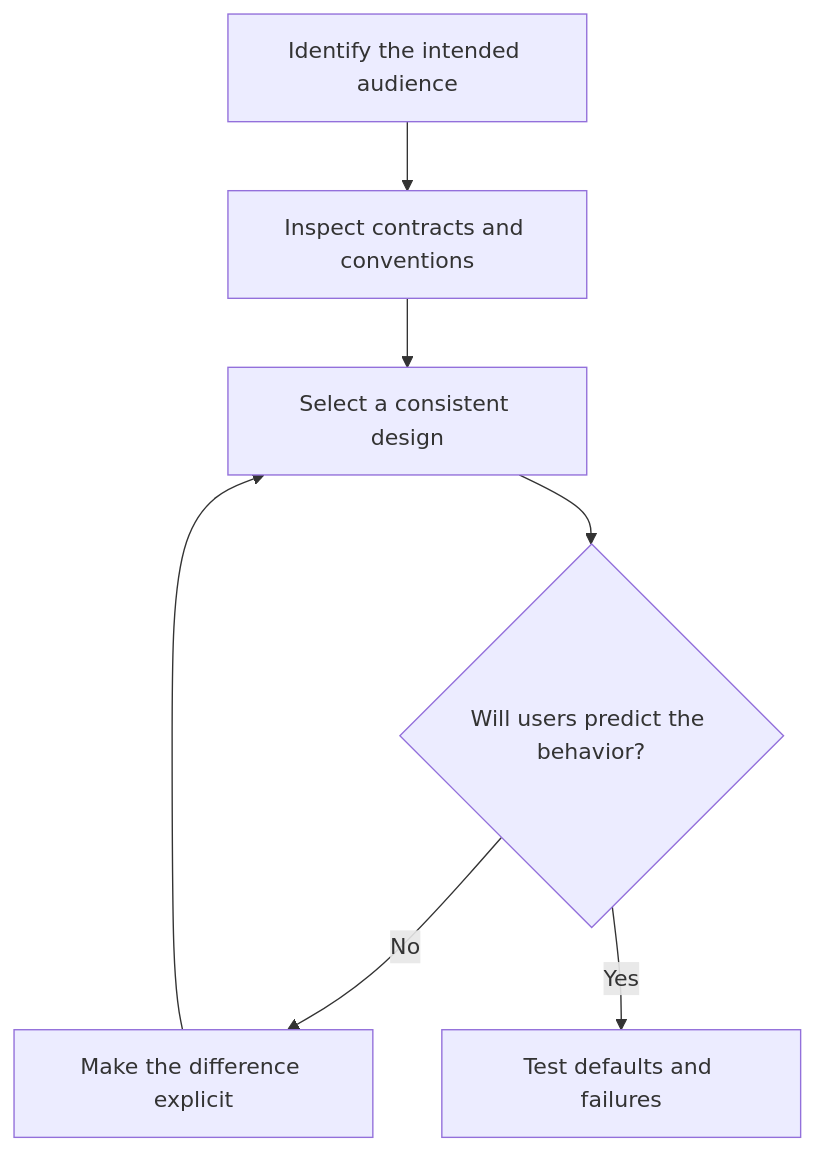
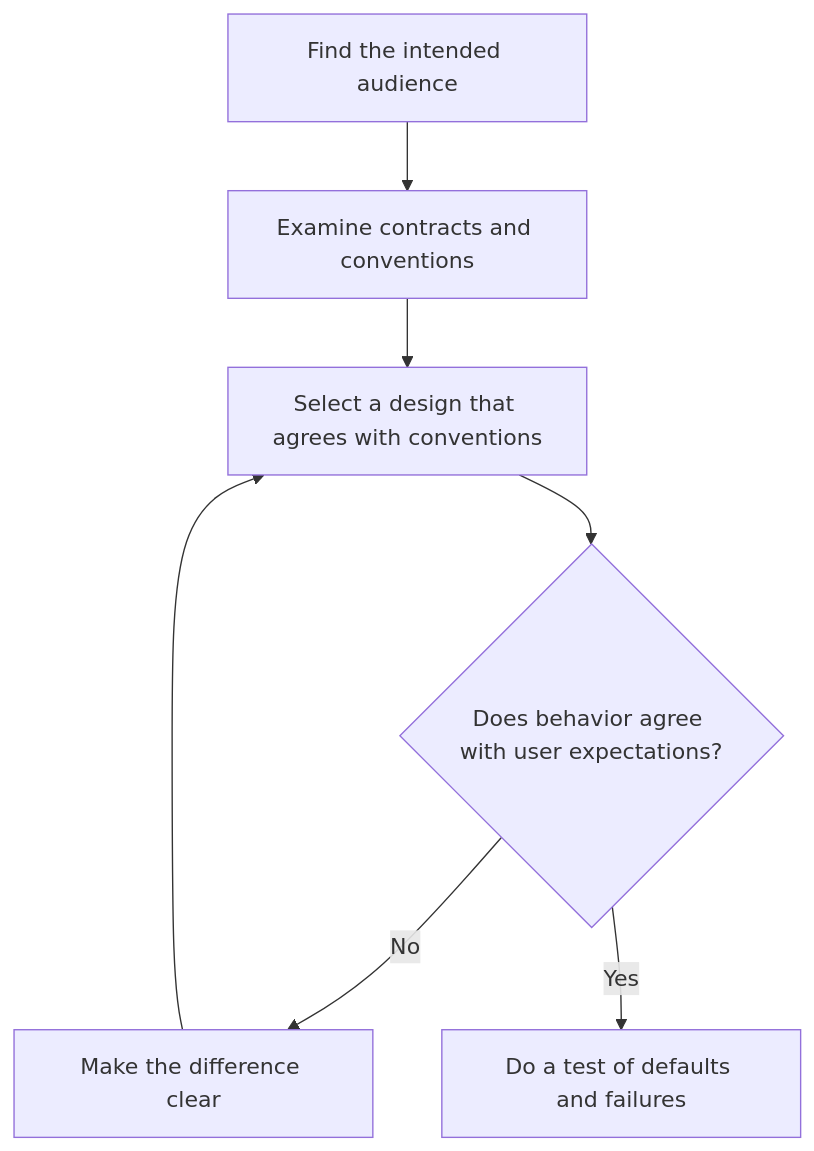
One commit to HomericIntelligence/Athena changed the diagram in docs/principles/details/p006-principle-of-least-astonishment.md. Above: the diagram before and after it, drawn with Mermaid. The commit also changed other lines of this file and 91 other files, not shown here.

````diff
--- a/docs/principles/details/p006-principle-of-least-astonishment.md
+++ b/docs/principles/details/p006-principle-of-least-astonishment.md
@@ -34,9 +35,9 @@
 ```mermaid
 flowchart TD
-    A["Identify the intended audience"] --> B["Inspect contracts and conventions"]
-    B --> C["Select a consistent design"]
-    C --> D{"Will users predict the behavior?"}
-    D -->|No| E["Make the difference explicit"]
+    A["Find the intended audience"] --> B["Examine contracts and conventions"]
+    B --> C["Select a design that agrees with conventions"]
+    C --> D{"Does behavior agree with user expectations?"}
+    D -->|No| E["Make the difference clear"]
     E --> C
-    D -->|Yes| F["Test defaults and failures"]
+    D -->|Yes| F["Do a test of defaults and failures"]
 ```
````
